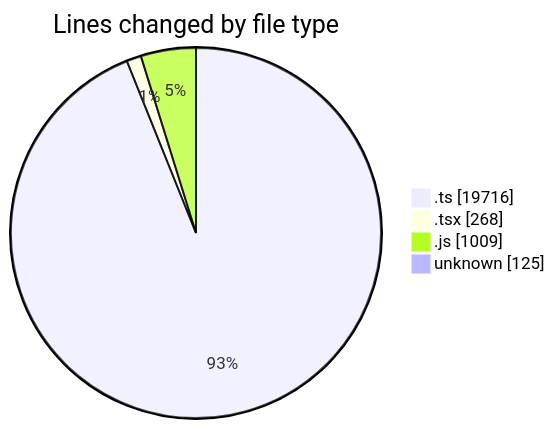
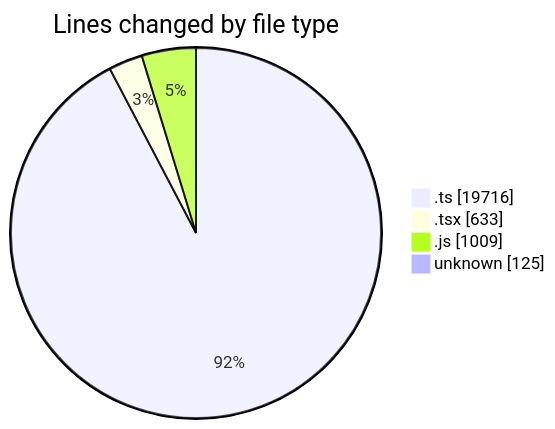
The first of 2 diagrams in 2026-09-18/cda/README.md (momahboobian/code-tracking), drawn with Mermaid before and after one commit. The commit also changed other lines of this file and 1 other file, not shown here.

````diff
--- a/2026-09-18/cda/README.md
+++ b/2026-09-18/cda/README.md
@@ -29,8 +32,8 @@
 ```mermaid
 pie showData
 title Lines changed by file type
 ".ts" : 19716
-".tsx" : 268
+".tsx" : 633
 ".js" : 1009
 "unknown" : 125
 ```
````
